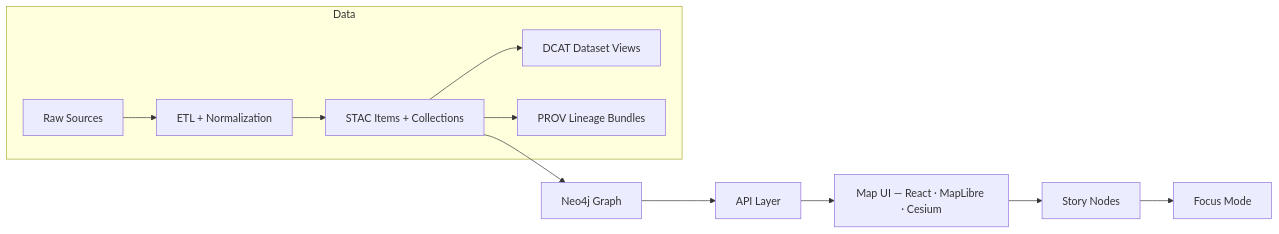
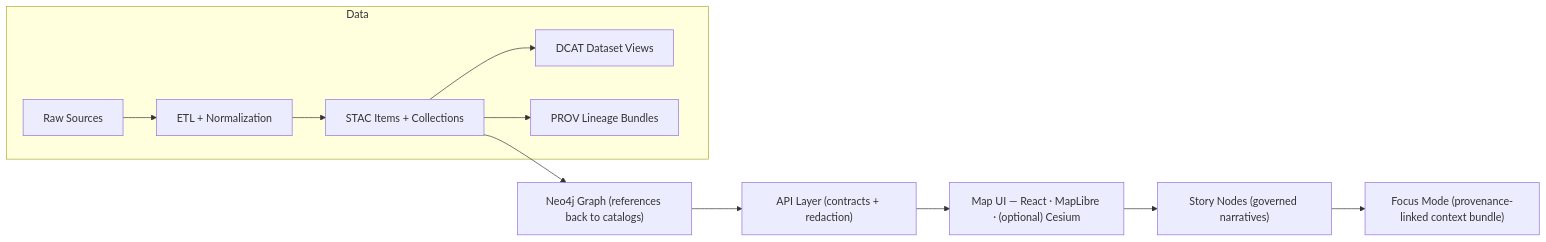
The diagram in docs/MASTER_GUIDE_v12.md (bartytime4life/Kansas-Frontier-Matrix), drawn with Mermaid before and after one commit. The commit also changed other lines of this file, not shown here.

```diff
--- a/docs/MASTER_GUIDE_v12.md
+++ b/docs/MASTER_GUIDE_v12.md
@@ -121,15 +259,15 @@
 ~~~mermaid
 flowchart LR
   subgraph Data
     A["Raw Sources"] --> B["ETL + Normalization"]
     B --> C["STAC Items + Collections"]
     C --> D["DCAT Dataset Views"]
     C --> E["PROV Lineage Bundles"]
   end
 
-  C --> G["Neo4j Graph"]
-  G --> H["API Layer"]
-  H --> I["Map UI — React · MapLibre · Cesium"]
-  I --> J["Story Nodes"]
-  J --> K["Focus Mode"]
+  C --> G["Neo4j Graph (references back to catalogs)"]
+  G --> H["API Layer (contracts + redaction)"]
+  H --> I["Map UI — React · MapLibre · (optional) Cesium"]
+  I --> J["Story Nodes (governed narratives)"]
+  J --> K["Focus Mode (provenance-linked context bundle)"]
 ~~~
```
